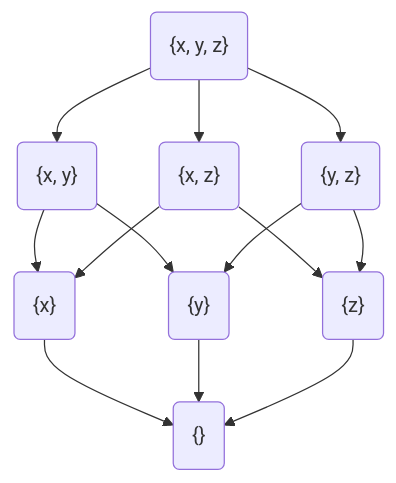
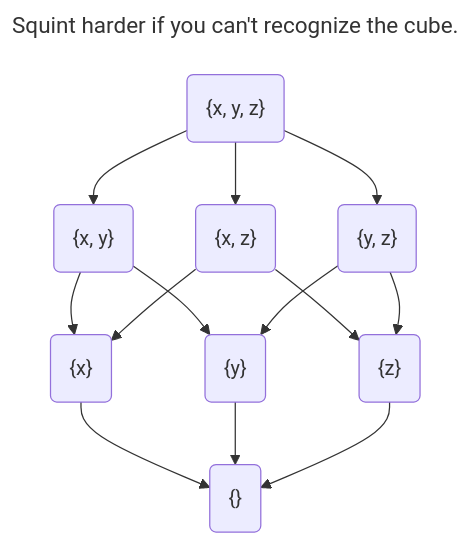
Before and after one commit to cue-lang/cuelang.org: the second of 7 diagrams in mkdocs/preprocessor/content/docs/concept/the-logic-of-cue/en.md, drawn with Mermaid. The commit also changed other lines of this file and 6 other files, not shown here.

First line of the commit message:
mkdocs: replace Hugo mermaid shortcode with code block with mkdocs-refactor/mermaid-transform.bash

````diff
--- a/mkdocs/preprocessor/content/docs/concept/the-logic-of-cue/en.md
+++ b/mkdocs/preprocessor/content/docs/concept/the-logic-of-cue/en.md
@@ -87,18 +87,21 @@
-{{< mermaid caption="Squint harder if you can't recognize the cube." >}}
+``` mermaid
+---
+title: "Squint harder if you can't recognize the cube."
+---
 graph TD
     linkStyle default interpolate basis
     xyz("{x, y, z}")
     xyz --> xy("{x, y}")
     xyz --> xz("{x, z}")
     xyz --> yz("{y, z}")
     xy --> x
     xy --> y
     xz --> x
     xz --> z
     yz --> y
     yz --> z
     x("{x}") --> B
     y("{y}") --> B
     z("{z}") --> B
     B("{}")
-{{< /mermaid >}}
+```
````
